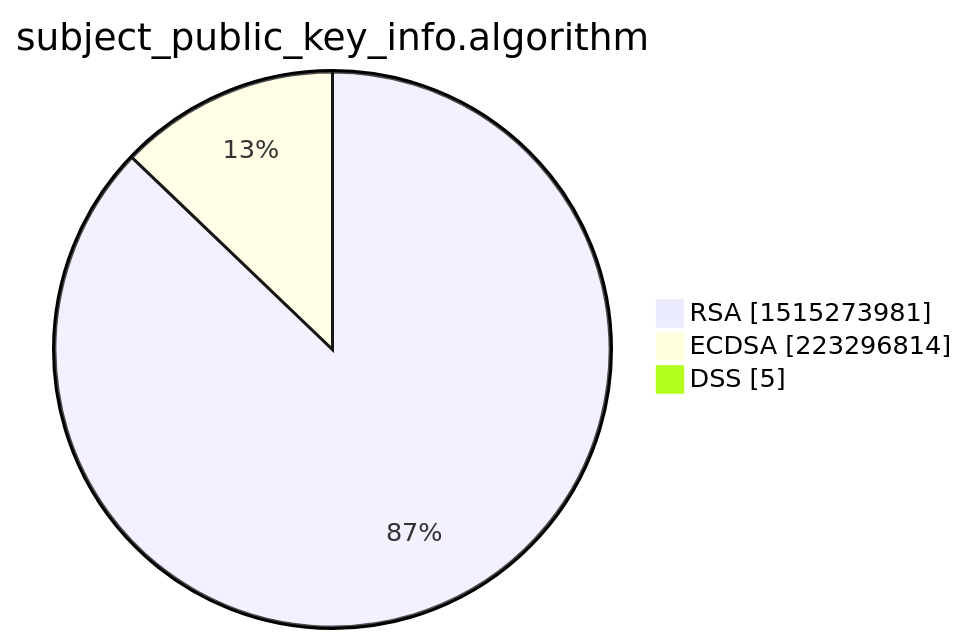
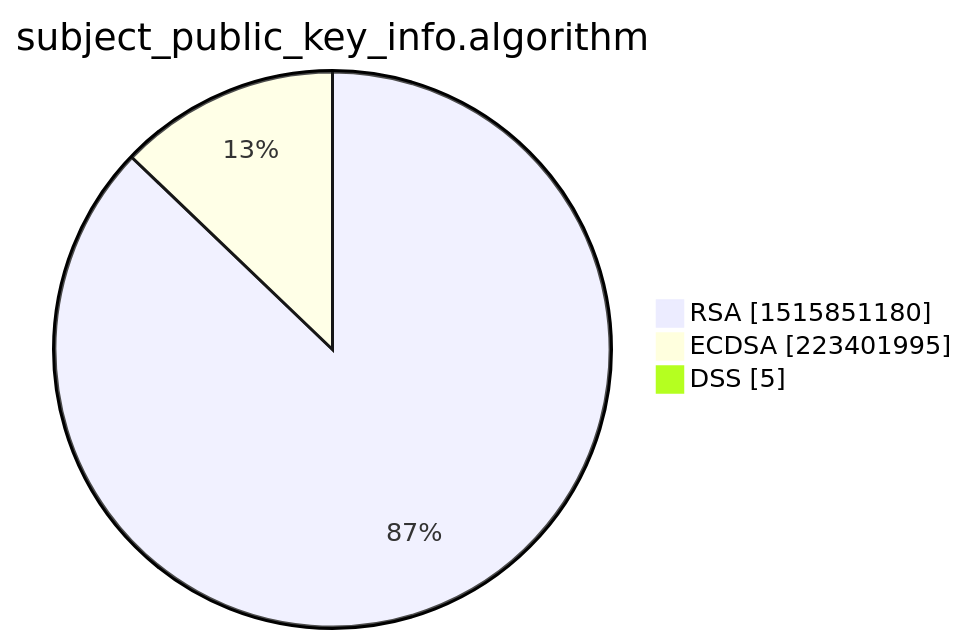
The third of 15 diagrams in xenon2022/README.md (christiankrug/ctmonitor_visualization), drawn with Mermaid before and after one commit. The commit also changed other lines of this file, not shown here.

````diff
--- a/xenon2022/README.md
+++ b/xenon2022/README.md
@@ -14,7 +14,7 @@
 ```mermaid
 pie showData
 title subject_public_key_info.algorithm
-"RSA" :1515273981
-"ECDSA" :223296814
+"RSA" :1515851180
+"ECDSA" :223401995
 "DSS" :5
 ```
````
